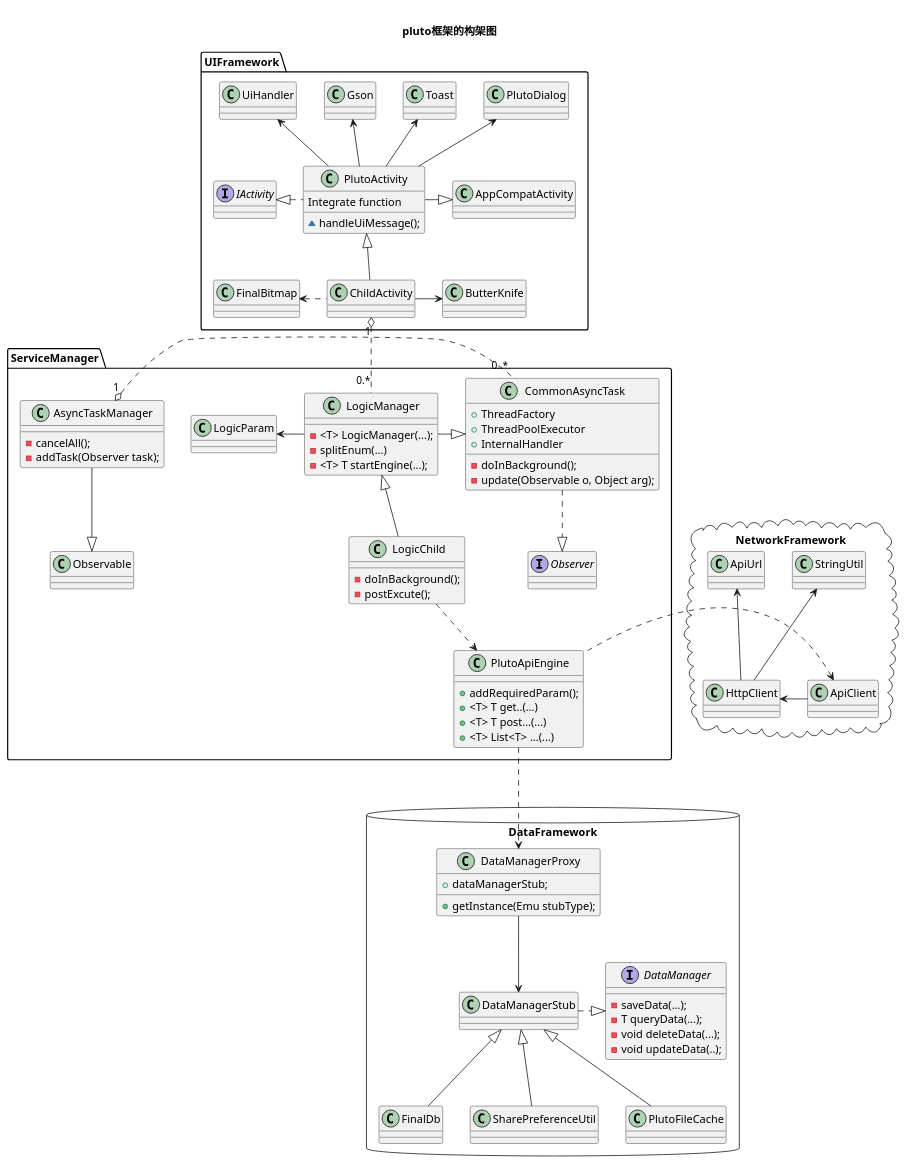
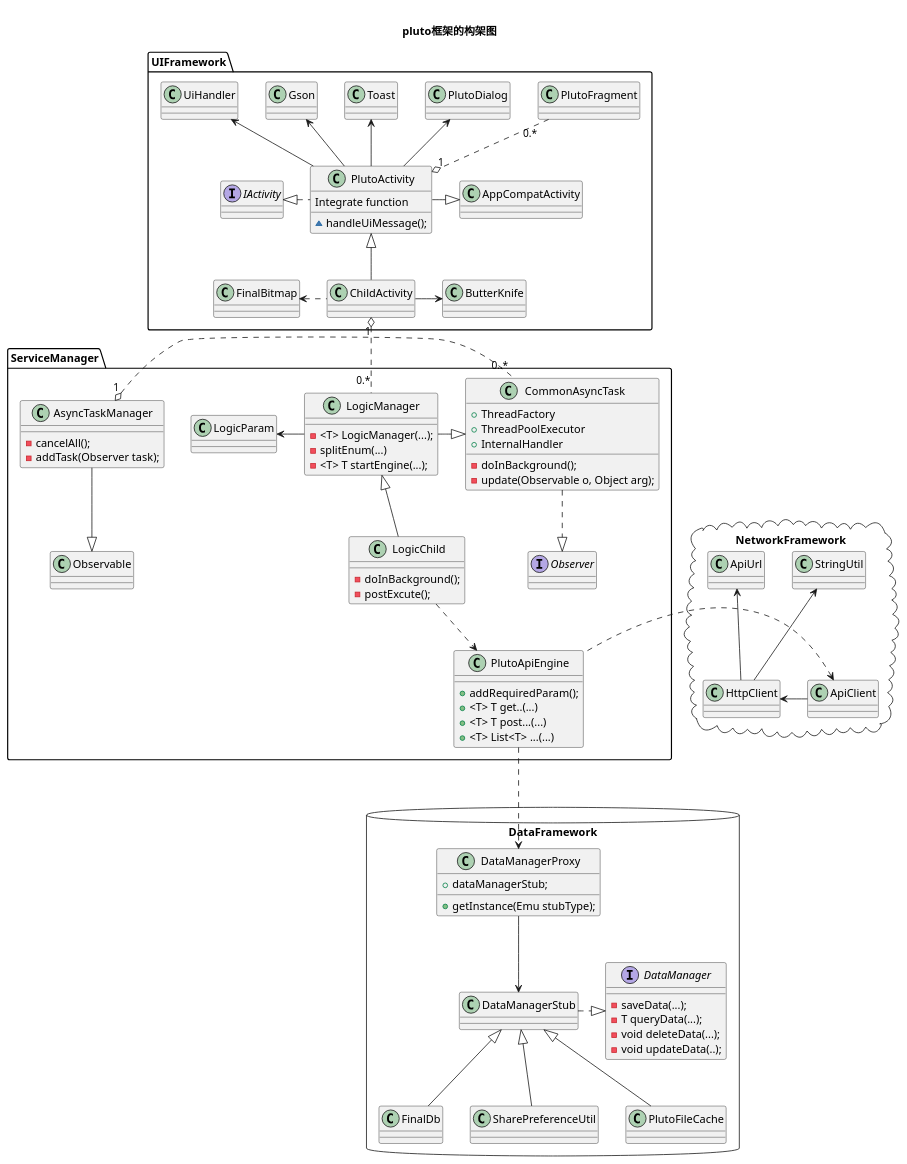
Before and after one commit to PlutoArchitecture/Pluto-Android: the diagram in PlutoAndroidExample/app/pluto_uml.puml, drawn with PlantUML. The commit also changed 1 other file, not shown here.

Commit message:
1.modify pluto uml

```diff
--- a/PlutoAndroidExample/app/pluto_uml.puml
+++ b/PlutoAndroidExample/app/pluto_uml.puml
@@ -1,110 +1,112 @@
 @startuml
  title \npluto框架的构架图
  package NetworkFramework <<Cloud>> {
    class ApiClient
    class StringUtil
    class HttpClient
    class ApiUrl
  }
 package DataFramework <<Database>> {
   interface DataManager{
     -saveData(...);
     -T queryData(...);
     -void deleteData(...);
     -void updateData(..);
   }
   class DataManagerStub
   class DataManagerProxy{
     +dataManagerStub;
     +getInstance(Emu stubType);
   }
 
   class FinalDb{
 
   }
   class SharePreferenceUtil
   class PlutoFileCache
 }
 
 package UIFramework <<Folder>> {
   class PlutoActivity{
     Integrate function
     ~handleUiMessage();
   }
   class ButterKnife
   interface IActivity
   class PlutoDialog
   class UiHandler
   class Gson
   class Toast
   class AppCompatActivity
   class ChildActivity
   class FinalBitmap
+  class PlutoFragment
 }
 
 package ServiceManager <<Folder>> {
   class LogicChild{
     -doInBackground();
     -postExcute();
   }
   class CommonAsyncTask{
     +ThreadFactory
     +ThreadPoolExecutor
     +InternalHandler
     -doInBackground();
     -update(Observable o, Object arg);
   }
   class PlutoApiEngine{
     +addRequiredParam();
     +<T> T get..(...)
     +<T> T post...(...)
     +<T> List<T> ...(...)
   }
   interface Observer
   class Observable
   class AsyncTaskManager{
     -cancelAll();
     -addTask(Observer task);
   }
   class LogicManager{
     -<T> LogicManager(...);
     -splitEnum(...)
     -<T> T startEngine(...);
   }
   class LogicParam
 }
 
  "AppCompatActivity"<|-left-"PlutoActivity"
  "PlutoActivity" .left.|>"IActivity"
  "PlutoActivity" -up->"UiHandler"
  "PlutoActivity" -up->"Gson"
  "ChildActivity" -up-|>"PlutoActivity"
  "ChildActivity" -right->"ButterKnife"
  "ChildActivity" .left->"FinalBitmap"
  "PlutoActivity" -up->"Toast"
  "PlutoActivity" -up->"PlutoDialog"
+ "PlutoActivity" "1" o.up."0.*" "PlutoFragment"
 
 
  "ChildActivity"  "1" o.. "0.*" "LogicManager"
  "LogicChild"-up-|>"LogicManager"
  "LogicManager"-left->"LogicParam"
  "LogicManager"-right-|>"CommonAsyncTask"
  "CommonAsyncTask".down.|>"Observer"
  "LogicChild".down.>"PlutoApiEngine"
  "CommonAsyncTask" "0..*".left.o "1" "AsyncTaskManager"
  "AsyncTaskManager" -down-|> "Observable"
 
  "PlutoApiEngine"..down.>"DataManagerProxy"
  "PlutoApiEngine"..left.>"ApiClient"
 
  "ApiClient"-left->"HttpClient"
  "HttpClient"-up->"ApiUrl"
  "HttpClient"-up->"StringUtil"
 
  "DataManagerStub".right.|>"DataManager"
  "FinalDb"-up-|>"DataManagerStub"
  "SharePreferenceUtil"-up-|>"DataManagerStub"
  "PlutoFileCache"-up-|>"DataManagerStub"
  "DataManagerProxy"-->"DataManagerStub"
 
 @enduml
```
